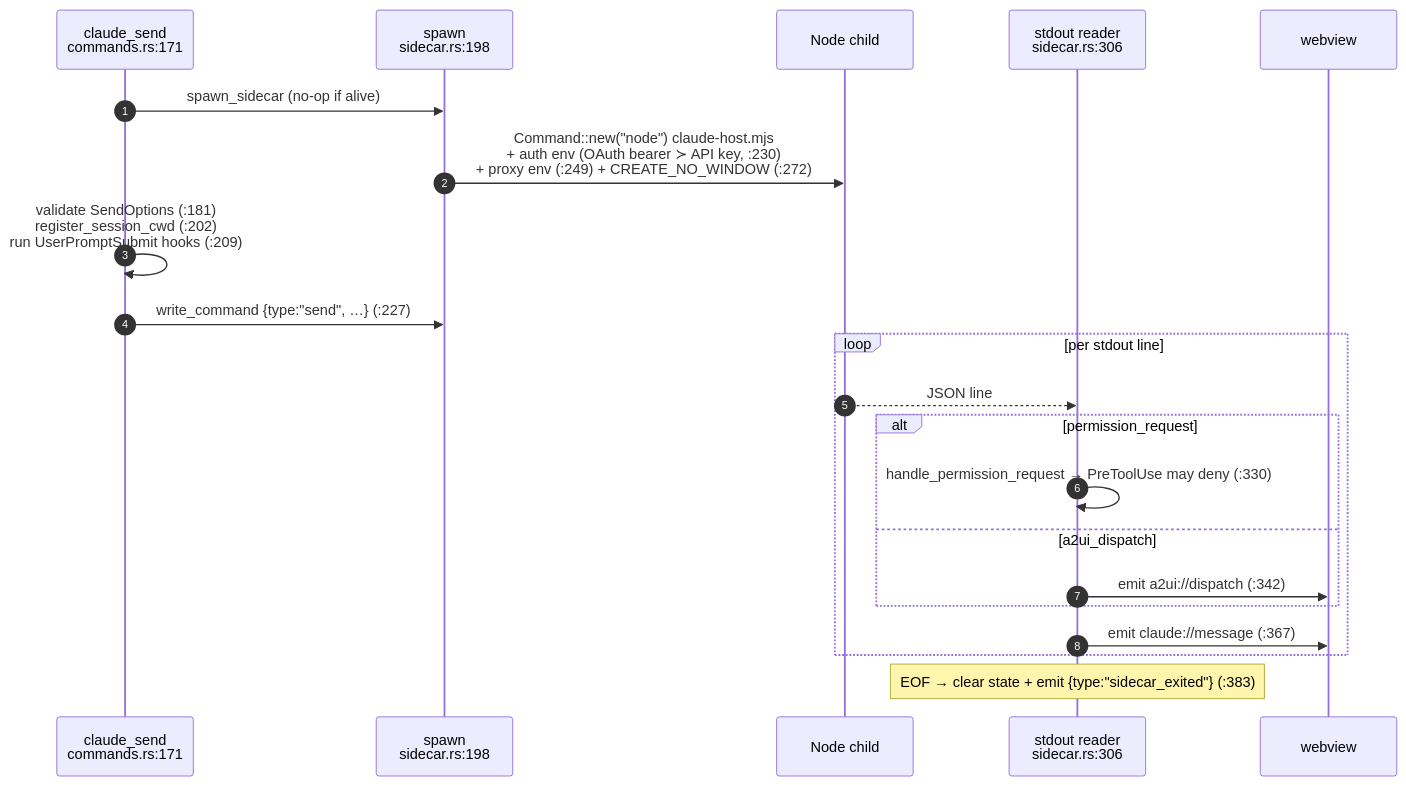
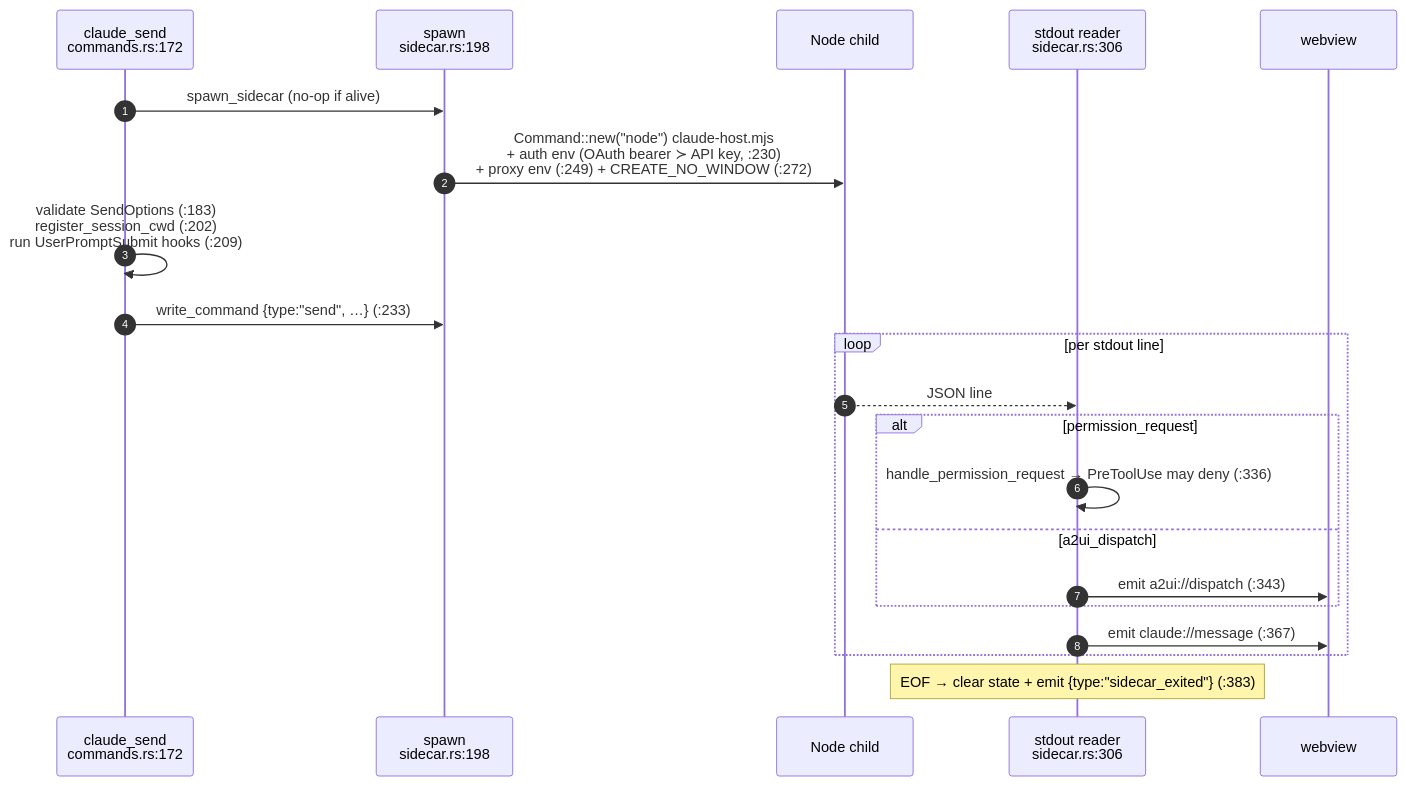
One commit to MaxQian888/cognia-next changed the second of 3 diagrams in docs/content/docs/en/chat/built-in-agent/runtime-loop.mdx. Above: the diagram before and after it, drawn with Mermaid. The commit also changed other lines of this file and 17 other files, not shown here.

````diff
--- a/docs/content/docs/en/chat/built-in-agent/runtime-loop.mdx
+++ b/docs/content/docs/en/chat/built-in-agent/runtime-loop.mdx
@@ -97,24 +97,24 @@
 ```mermaid
 sequenceDiagram
   autonumber
-  participant CMD as claude_send<br/>commands.rs:171
+  participant CMD as claude_send<br/>commands.rs:172
   participant SP as spawn<br/>sidecar.rs:198
   participant CH as Node child
   participant RD as stdout reader<br/>sidecar.rs:306
   participant FE as webview
 
   CMD->>SP: spawn_sidecar (no-op if alive)
   SP->>CH: Command::new("node") claude-host.mjs<br/>+ auth env (OAuth bearer ≻ API key, :230)<br/>+ proxy env (:249) + CREATE_NO_WINDOW (:272)
-  CMD->>CMD: validate SendOptions (:181)<br/>register_session_cwd (:202)<br/>run UserPromptSubmit hooks (:209)
-  CMD->>SP: write_command {type:"send", …} (:227)
+  CMD->>CMD: validate SendOptions (:183)<br/>register_session_cwd (:202)<br/>run UserPromptSubmit hooks (:209)
+  CMD->>SP: write_command {type:"send", …} (:233)
   loop per stdout line
     CH-->>RD: JSON line
     alt permission_request
-      RD->>RD: handle_permission_request → PreToolUse may deny (:330)
+      RD->>RD: handle_permission_request → PreToolUse may deny (:336)
     else a2ui_dispatch
-      RD->>FE: emit a2ui://dispatch (:342)
+      RD->>FE: emit a2ui://dispatch (:343)
     end
     RD->>FE: emit claude://message (:367)
   end
   Note over RD: EOF → clear state + emit {type:"sidecar_exited"} (:383)
 ```
````
